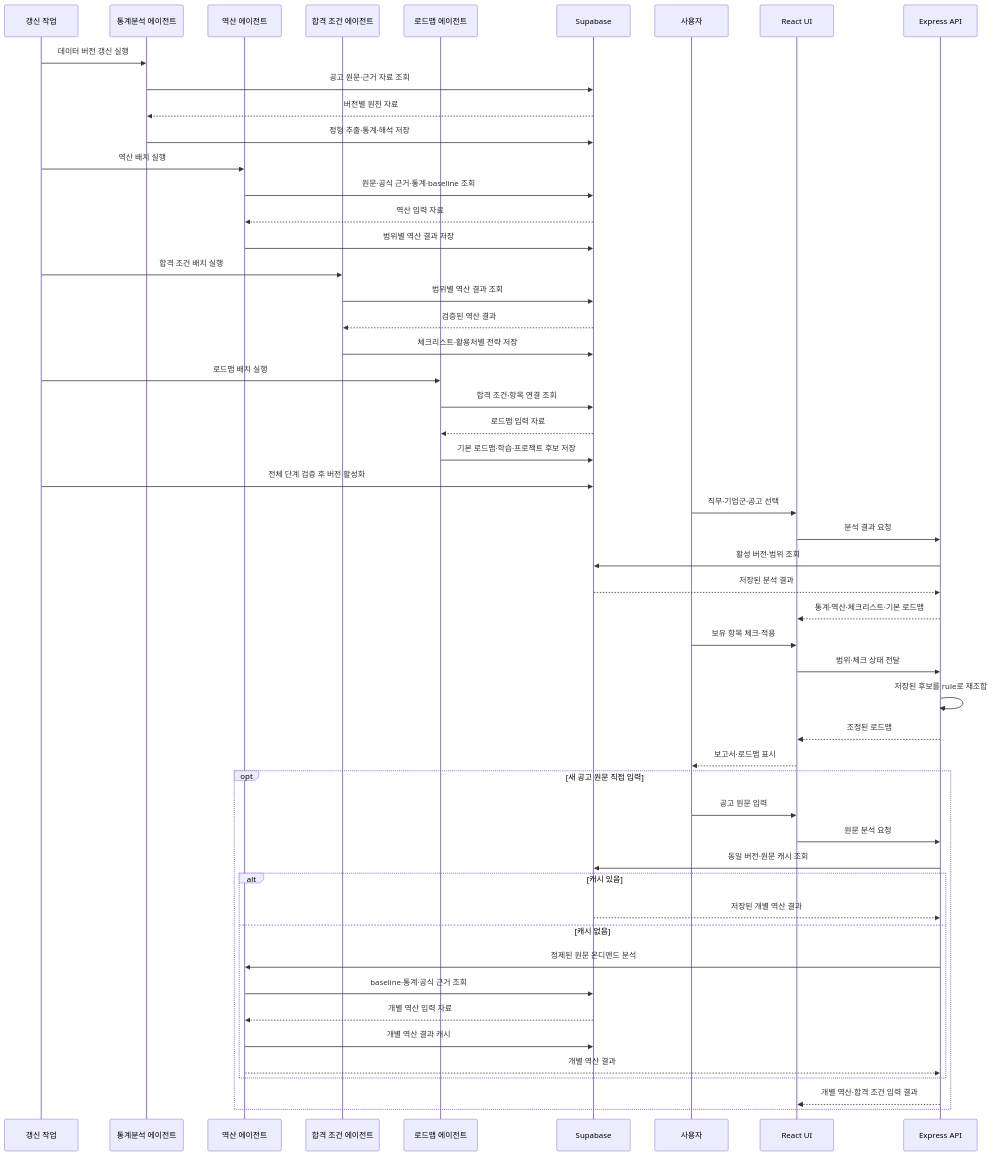
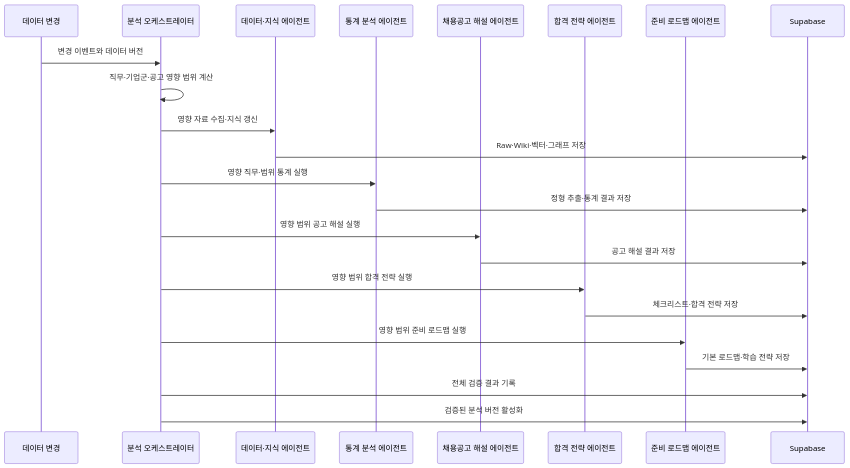
The second of 5 diagrams in docs/architecture.md (Mureung1/hub-showcase), drawn with Mermaid before and after one commit. The commit also changed other lines of this file and 9 other files, not shown here.

Commit message:
docs: rename analysis stages and refresh architecture

````diff
--- a/docs/architecture.md
+++ b/docs/architecture.md
@@ -103,55 +108,26 @@
 ```mermaid
 sequenceDiagram
-    participant Job as 갱신 작업
-    participant Stat as 통계분석 에이전트
-    participant Reverse as 역산 에이전트
-    participant Condition as 합격 조건 에이전트
-    participant Roadmap as 로드맵 에이전트
-    participant Data as Supabase
-    participant User as 사용자
-    participant UI as React UI
-    participant API as Express API
+    participant Source as 데이터 변경
+    participant Orchestrator as 분석 오케스트레이터
+    participant Knowledge as 데이터·지식 에이전트
+    participant Stat as 통계 분석 에이전트
+    participant Reverse as 채용공고 해설 에이전트
+    participant Condition as 합격 전략 에이전트
+    participant Roadmap as 준비 로드맵 에이전트
+    participant DB as Supabase
 
-    Job->>Stat: 데이터 버전 갱신 실행
-    Stat->>Data: 공고 원문·근거 자료 조회
-    Data-->>Stat: 버전별 원천 자료
-    Stat->>Data: 정형 추출·통계·해석 저장
-    Job->>Reverse: 역산 배치 실행
-    Reverse->>Data: 원문·공식 근거·통계·baseline 조회
-    Data-->>Reverse: 역산 입력 자료
-    Reverse->>Data: 범위별 역산 결과 저장
-    Job->>Condition: 합격 조건 배치 실행
-    Condition->>Data: 범위별 역산 결과 조회
-    Data-->>Condition: 검증된 역산 결과
-    Condition->>Data: 체크리스트·활용처별 전략 저장
-    Job->>Roadmap: 로드맵 배치 실행
-    Roadmap->>Data: 합격 조건·항목 연결 조회
-    Data-->>Roadmap: 로드맵 입력 자료
-    Roadmap->>Data: 기본 로드맵·학습·프로젝트 후보 저장
-    Job->>Data: 전체 단계 검증 후 버전 활성화
-    User->>UI: 직무·기업군·공고 선택
-    UI->>API: 분석 결과 요청
-    API->>Data: 활성 버전·범위 조회
-    Data-->>API: 저장된 분석 결과
-    API-->>UI: 통계·역산·체크리스트·기본 로드맵
-    User->>UI: 보유 항목 체크·적용
-    UI->>API: 범위·체크 상태 전달
-    API->>API: 저장된 후보를 rule로 재조합
-    API-->>UI: 조정된 로드맵
-    UI-->>User: 보고서·로드맵 표시
-    opt 새 공고 원문 직접 입력
-        User->>UI: 공고 원문 입력
-        UI->>API: 원문 분석 요청
-        API->>Data: 동일 버전·원문 캐시 조회
-        alt 캐시 있음
-            Data-->>API: 저장된 개별 역산 결과
-        else 캐시 없음
-            API->>Reverse: 정제된 원문 온디맨드 분석
-            Reverse->>Data: baseline·통계·공식 근거 조회
-            Data-->>Reverse: 개별 역산 입력 자료
-            Reverse->>Data: 개별 역산 결과 캐시
-            Reverse-->>API: 개별 역산 결과
-        end
-        API-->>UI: 개별 역산·합격 조건 입력 결과
-    end
+    Source->>Orchestrator: 변경 이벤트와 데이터 버전
+    Orchestrator->>Orchestrator: 직무·기업군·공고 영향 범위 계산
+    Orchestrator->>Knowledge: 영향 자료 수집·지식 갱신
+    Knowledge->>DB: Raw·Wiki·벡터·그래프 저장
+    Orchestrator->>Stat: 영향 직무·범위 통계 실행
+    Stat->>DB: 정형 추출·통계 결과 저장
+    Orchestrator->>Reverse: 영향 범위 공고 해설 실행
+    Reverse->>DB: 공고 해설 결과 저장
+    Orchestrator->>Condition: 영향 범위 합격 전략 실행
+    Condition->>DB: 체크리스트·합격 전략 저장
+    Orchestrator->>Roadmap: 영향 범위 준비 로드맵 실행
+    Roadmap->>DB: 기본 로드맵·학습 전략 저장
+    Orchestrator->>DB: 전체 검증 결과 기록
+    Orchestrator->>DB: 검증된 분석 버전 활성화
 ```
````
